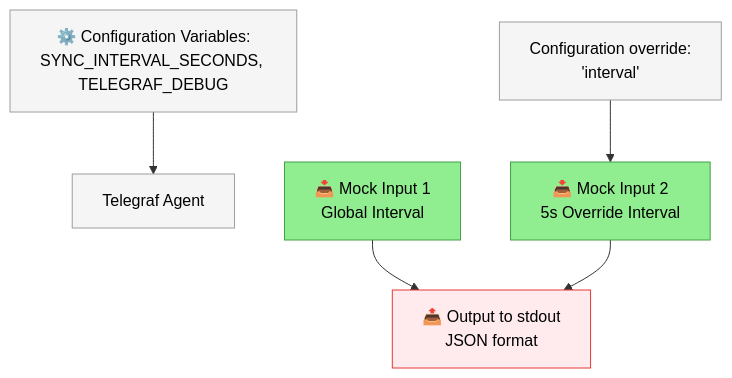
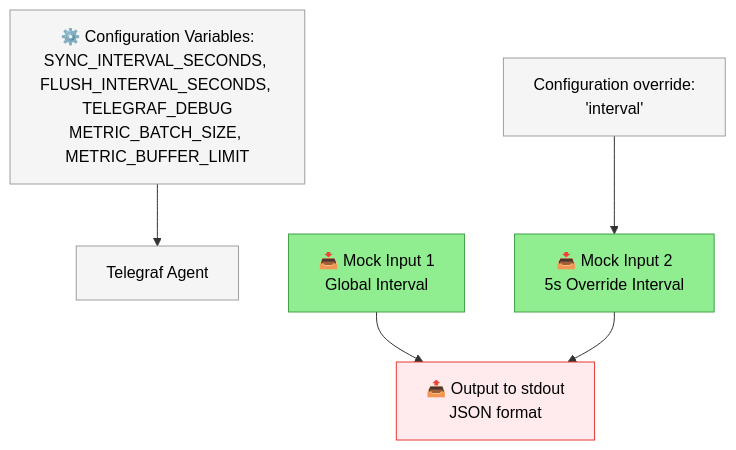
Before and after one commit to AntiqArch/readme-sandbox: the diagram in README.md, drawn with Mermaid. The commit also changed other lines of this file and 1 other file, not shown here.

````diff
--- a/README.md
+++ b/README.md
@@ -41,18 +36,18 @@
 ```mermaid
 flowchart TD
-    X0["⚙️ Configuration Variables:<br/>SYNC_INTERVAL_SECONDS, TELEGRAF_DEBUG"] --> X1
+    X0["⚙️ Configuration Variables:<br/>SYNC_INTERVAL_SECONDS, FLUSH_INTERVAL_SECONDS, TELEGRAF_DEBUG<br/>METRIC_BATCH_SIZE, METRIC_BUFFER_LIMIT"] --> X1
     X1["Telegraf Agent"]
 
     X2["Configuration override:<br/>'interval'"] --> A2
 
     A1["📥 Mock Input 1<br/>Global Interval"] --> C
     A2["📥 Mock Input 2<br/>5s Override Interval"] --> C
     C["📤 Output to stdout<br/>JSON format"]
 
     style X0 fill:#f5f5f5,stroke:#9e9e9e,color:#000000
     style X1 fill:#f5f5f5,stroke:#9e9e9e,color:#000000
     style X2 fill:#f5f5f5,stroke:#9e9e9e,color:#000000
     style A1 fill:#90EE90,stroke:#43a047,color:#000000
     style A2 fill:#90EE90,stroke:#43a047,color:#000000
     style C fill:#ffebee,stroke:#e53935,color:#000000
 ```
````
